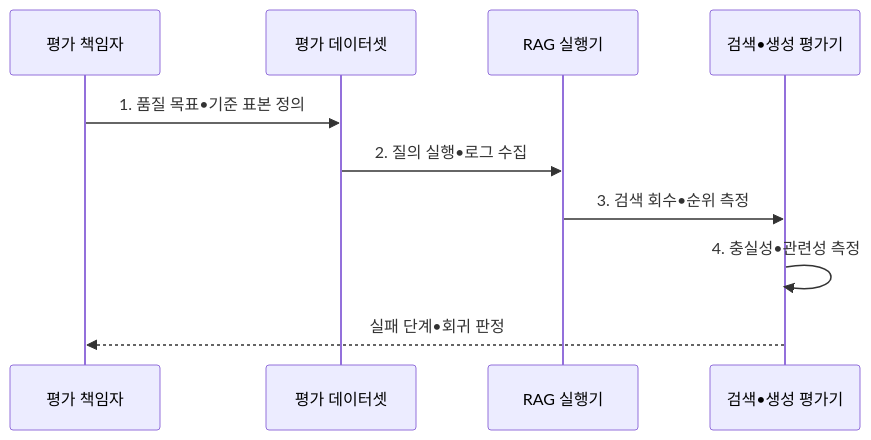
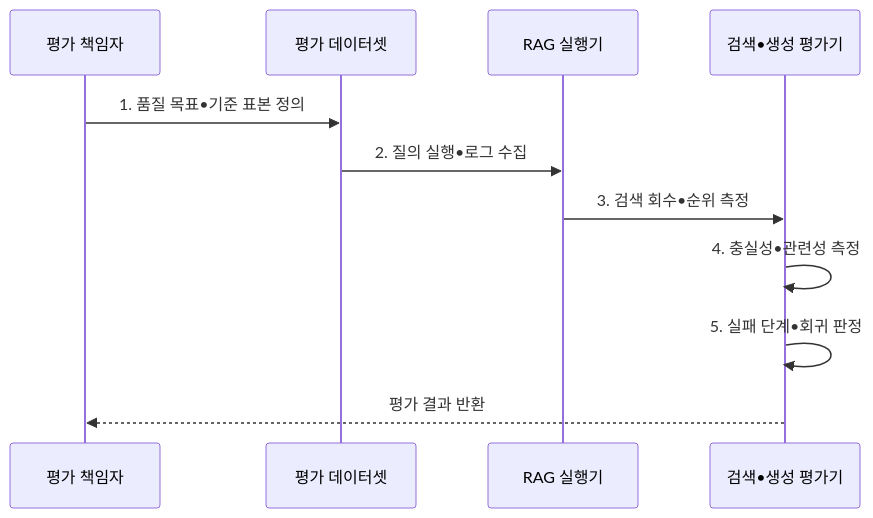
The second of 2 diagrams in src/content/docs/notes/08-latest-tech/081_rag_evaluation.md (agnusdei1207/knowledge-base), drawn with Mermaid before and after one commit. The commit also changed other lines of this file and 13 other files, not shown here.

````diff
--- a/src/content/docs/notes/08-latest-tech/081_rag_evaluation.md
+++ b/src/content/docs/notes/08-latest-tech/081_rag_evaluation.md
@@ -106,12 +106,13 @@
 ```mermaid
 sequenceDiagram
     participant O as 평가 책임자
     participant D as 평가 데이터셋
     participant X as RAG 실행기
     participant E as 검색•생성 평가기
     O->>D: 1. 품질 목표•기준 표본 정의
     D->>X: 2. 질의 실행•로그 수집
     X->>E: 3. 검색 회수•순위 측정
     E->>E: 4. 충실성•관련성 측정
-    E-->>O: 실패 단계•회귀 판정
+    E->>E: 5. 실패 단계•회귀 판정
+    E-->>O: 평가 결과 반환
 ```
````
